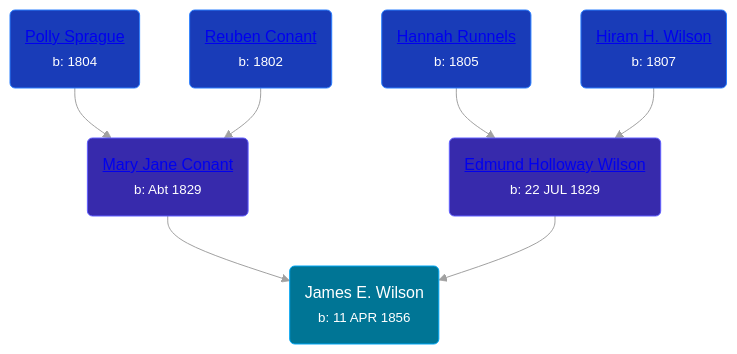
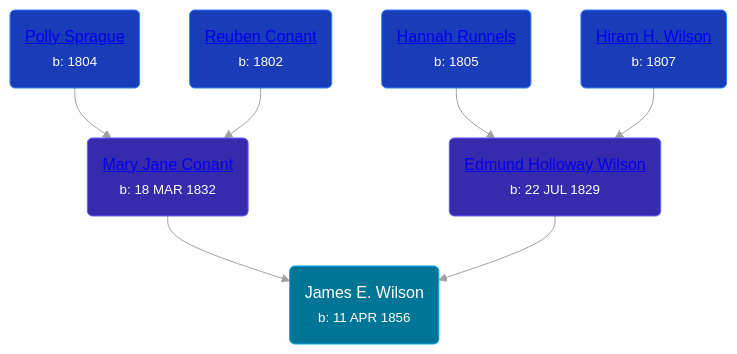
One commit to wpmgotkh/wpmgotkh.github.io changed the diagram in pages/people/5/54950695.md. Above: the diagram before and after it, drawn with Mermaid. The commit also changed other lines of this file and 257 other files, not shown here.

````diff
--- a/pages/people/5/54950695.md
+++ b/pages/people/5/54950695.md
@@ -11,14 +11,14 @@
 ```mermaid
 graph
 classDef grands fill:#193cb8,stroke:#2b7fff,stroke-width:1px,color:#fff;
 classDef parents fill:#372aac,stroke:#615fff,stroke-width:1px,color:#fff;
 classDef primary fill:#007595,stroke:#00a6f4,stroke-width:1px,color:#fff;
 54950695(James E. Wilson<br /><small>b: 11 APR 1856</small>):::primary
-27722232(<a class="text-white" href="/people/2/27722232">Mary Jane Conant</a><br /><small>b: Abt 1829</small>):::parents-->54950695
+27722232(<a class="text-white" href="/people/2/27722232">Mary Jane Conant</a><br /><small>b: 18 MAR 1832</small>):::parents-->54950695
 53927626(<a class="text-white" href="/people/5/53927626">Polly Sprague</a><br /><small>b: 1804</small>):::grands-->27722232
 72221832(<a class="text-white" href="/people/7/72221832">Reuben Conant</a><br /><small>b: 1802</small>):::grands-->27722232
 67777324(<a class="text-white" href="/people/6/67777324">Edmund Holloway Wilson</a><br /><small>b: 22 JUL 1829</small>):::parents-->54950695
 9135776(<a class="text-white" href="/people/9/9135776">Hannah Runnels</a><br /><small>b: 1805</small>):::grands-->67777324
 82044077(<a class="text-white" href="/people/8/82044077">Hiram H. Wilson</a><br /><small>b: 1807</small>):::grands-->67777324
 linkStyle default stroke:#a1a1a1
 ```
````
